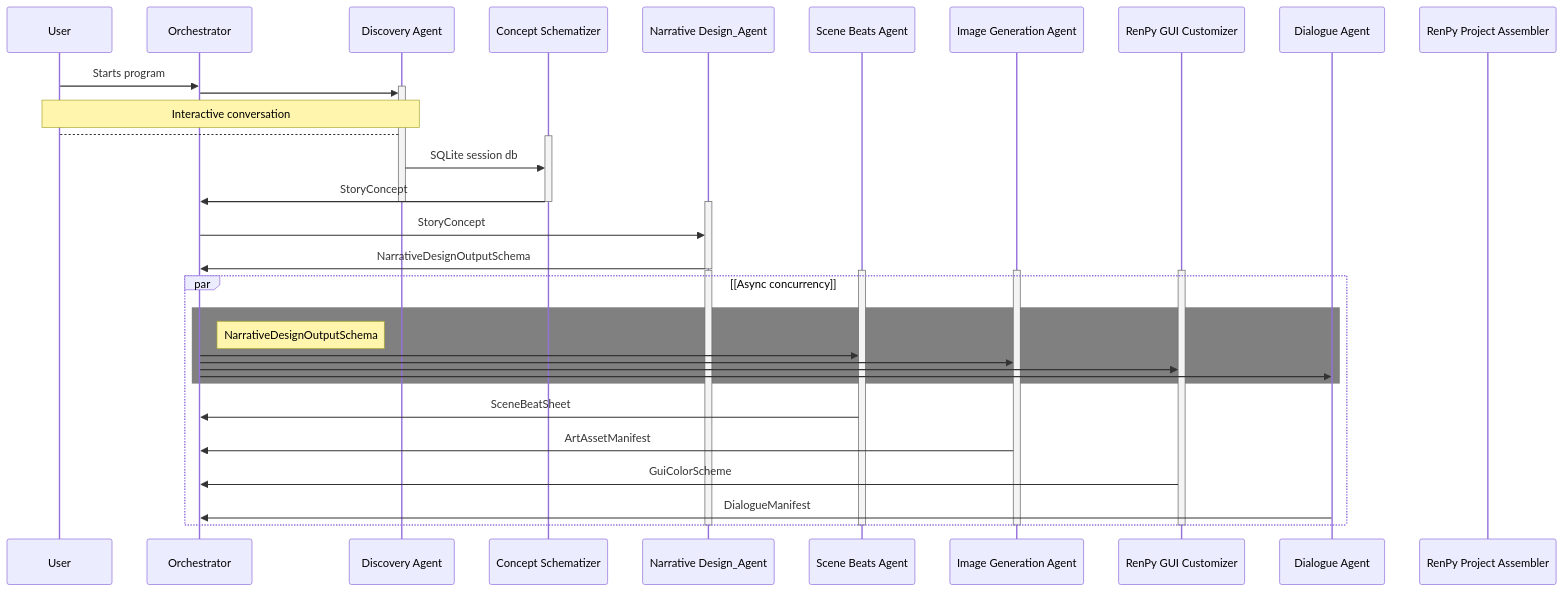
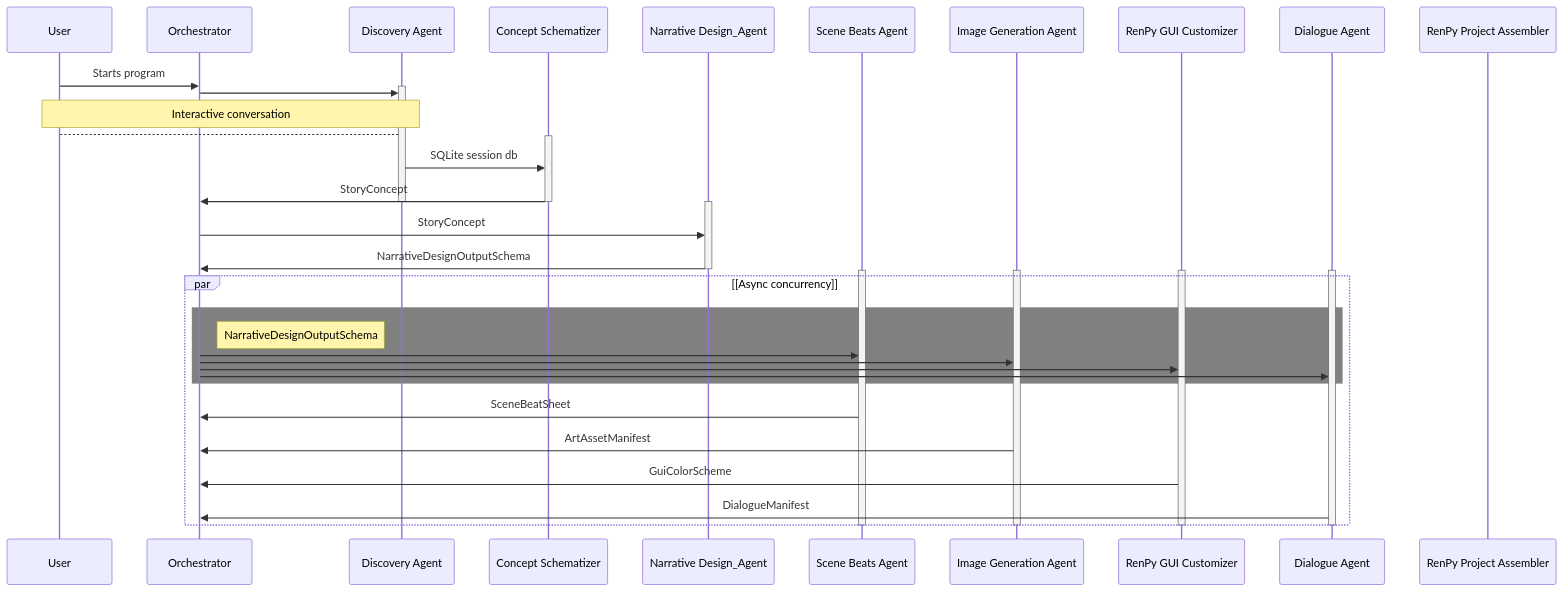
The diagram in README.md (danglenzig/KARLA_PROD), drawn with Mermaid before and after one commit.

````diff
--- a/README.md
+++ b/README.md
@@ -108,51 +108,51 @@
 ```mermaid
 sequenceDiagram
     participant USER as User
     participant ORCH as Orchestrator
     participant DISC as Discovery Agent
     participant CONC as Concept Schematizer
     participant NARR as Narrative Design_Agent
     participant BEAT as Scene Beats Agent
     participant ARTS as Image Generation Agent
     participant COLO as RenPy GUI Customizer
     participant DIAL as Dialogue Agent
     participant RNPY as RenPy Project Assembler
 
     USER->>ORCH: Starts program
     activate DISC
     ORCH->>DISC:
     Note over DISC,USER: Interactive conversation
     DISC-->USER:
     activate CONC
     DISC->>CONC: SQLite session db
     CONC->>ORCH: StoryConcept
     deactivate CONC
     deactivate DISC
 
     activate NARR
     ORCH->>NARR: StoryConcept
     NARR->>ORCH: NarrativeDesignOutputSchema
     deactivate NARR
 
     activate BEAT
     activate ARTS
     activate COLO
-    activate NARR
+    activate DIAL
     par [Async concurrency]
         rect rgb(128,128,128)
         note right of ORCH: NarrativeDesignOutputSchema
         ORCH->>BEAT:
         ORCH->>ARTS:
         ORCH->>COLO:
         ORCH->>DIAL:
         end
         BEAT->>ORCH: SceneBeatSheet
         ARTS->>ORCH: ArtAssetManifest
         COLO->>ORCH: GuiColorScheme
         DIAL->>ORCH: DialogueManifest
     end
     deactivate BEAT
     deactivate ARTS
     deactivate COLO
-    deactivate NARR
+    deactivate DIAL
 ```
````
